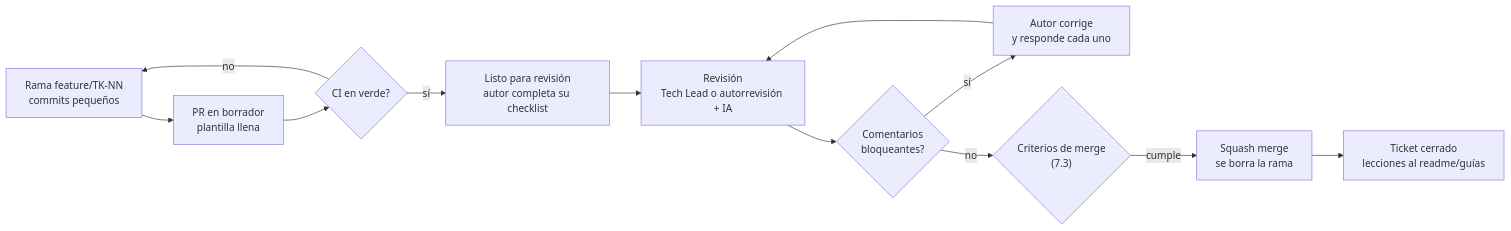
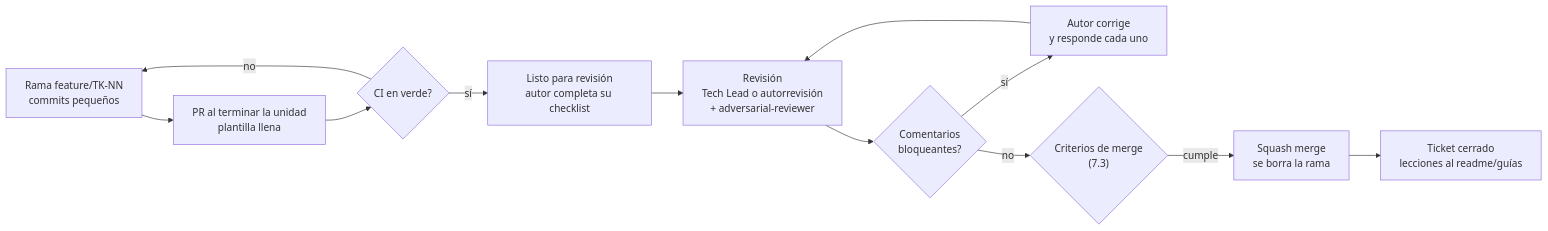
One commit to victorm007/AI4Devs-finalproject-vmrr changed the diagram in 07-pull-requests.md. Above: the diagram before and after it, drawn with Mermaid. The commit also changed other lines of this file and 10 other files, not shown here.

````diff
--- a/07-pull-requests.md
+++ b/07-pull-requests.md
@@ -135,13 +173,13 @@
 ```mermaid
 flowchart LR
-    A["Rama feature/TK-NN<br/>commits pequeños"] --> B["PR en borrador<br/>plantilla llena"]
+    A["Rama feature/TK-NN<br/>commits pequeños"] --> B["PR al terminar la unidad<br/>plantilla llena"]
     B --> C{"CI en verde?"}
     C -- no --> A
     C -- sí --> D["Listo para revisión<br/>autor completa su checklist"]
-    D --> E["Revisión<br/>Tech Lead o autorrevisión + IA"]
+    D --> E["Revisión<br/>Tech Lead o autorrevisión<br/>+ adversarial-reviewer"]
     E --> F{"Comentarios<br/>bloqueantes?"}
     F -- sí --> G["Autor corrige<br/>y responde cada uno"] --> E
     F -- no --> H{"Criterios de merge<br/>(7.3)"}
     H -- cumple --> I["Squash merge<br/>se borra la rama"]
     I --> J["Ticket cerrado<br/>lecciones al readme/guías"]
 ```
````
